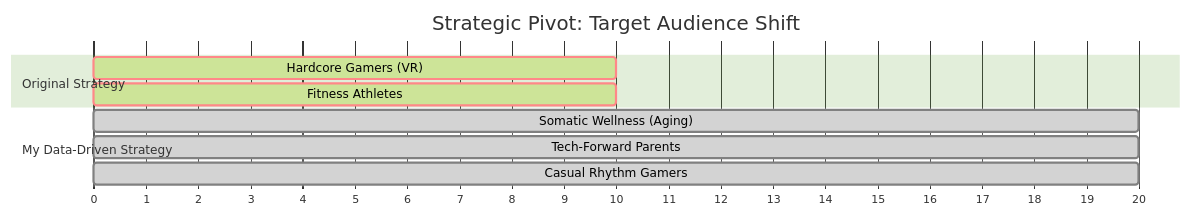
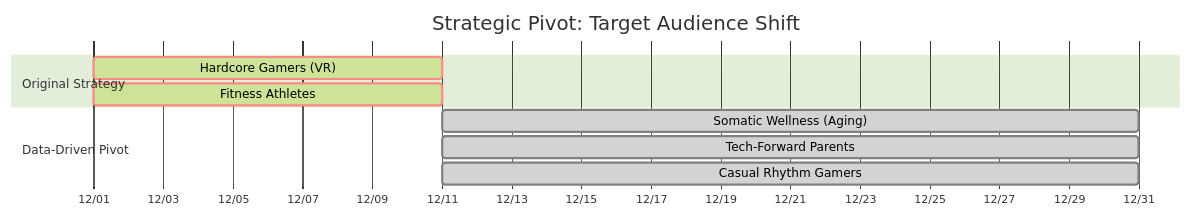
Before and after one commit to LinXiaoya0228/InteractiveClothing: the second of 3 diagrams in README.md, drawn with Mermaid (forest theme). The commit also changed other lines of this file, not shown here.

````diff
--- a/README.md
+++ b/README.md
@@ -88,16 +89,15 @@
 ```mermaid
 gantt
     title Strategic Pivot: Target Audience Shift
-    dateFormat  X
-    axisFormat %s
+    dateFormat  YYYY-MM-DD
+    axisFormat  %m/%d
     
     section Original Strategy
-    Hardcore Gamers (VR)      :crit, active, 0, 10
-    Fitness Athletes          :crit, active, 0, 10
+    Hardcore Gamers (VR)      :crit, active, 2025-12-01, 10d
+    Fitness Athletes          :crit, active, 2025-12-01, 10d
     
-    section My Data-Driven Strategy
-    Somatic Wellness (Aging)  :done, 10, 20
-    Tech-Forward Parents      :done, 10, 20
-    Casual Rhythm Gamers      :done, 10, 20
-
+    section Data-Driven Pivot
+    Somatic Wellness (Aging)  :done, 2025-12-11, 20d
+    Tech-Forward Parents      :done, 2025-12-11, 20d
+    Casual Rhythm Gamers      :done, 2025-12-11, 20d
 ```
````
